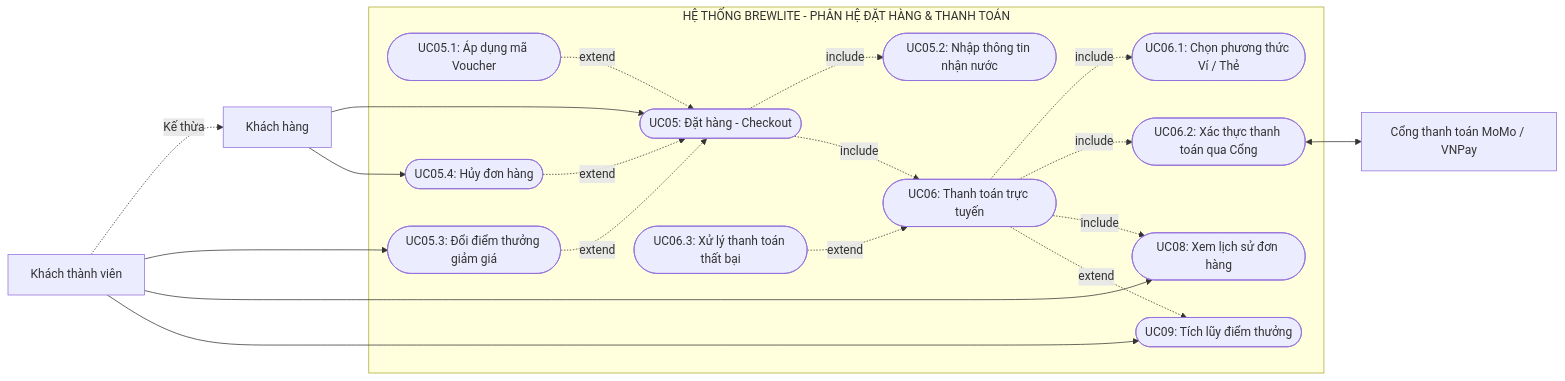
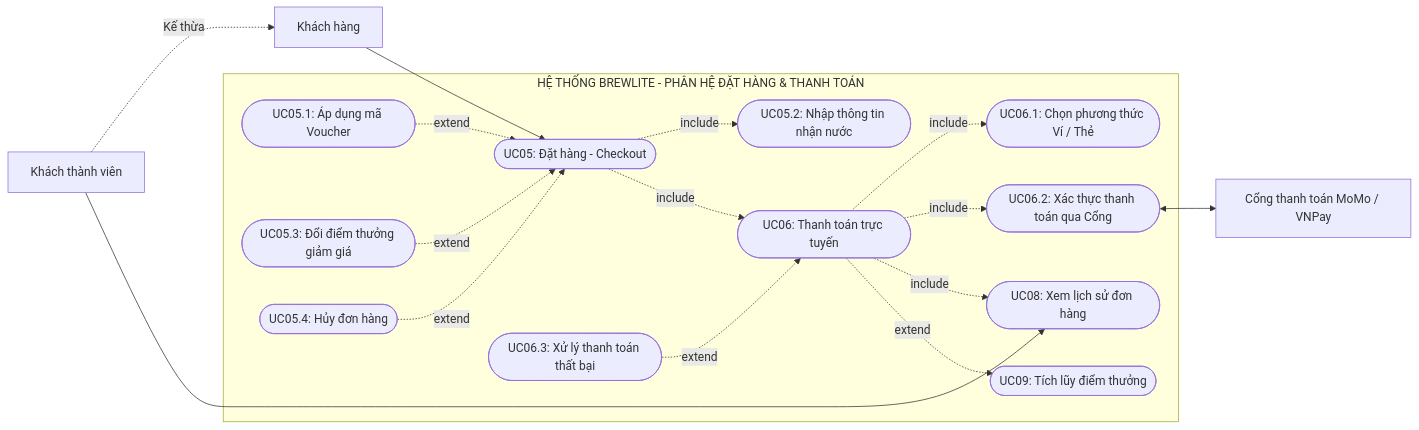
The diagram in docs/diagrams/use-case/use-case-checkout.mmd (nphat-code/swe-project), drawn with Mermaid before and after one commit. The commit also changed 1 other file, not shown here.

```diff
--- a/docs/diagrams/use-case/use-case-checkout.mmd
+++ b/docs/diagrams/use-case/use-case-checkout.mmd
@@ -1,42 +1,39 @@
 flowchart LR
     Customer[Khách hàng]
     Member[Khách thành viên]
     PaymentGW[Cổng thanh toán MoMo / VNPay]
 
     Member -.->|Kế thừa| Customer
 
     subgraph CoreBoundary [HỆ THỐNG BREWLITE - PHÂN HỆ ĐẶT HÀNG & THANH TOÁN]
         UC05([UC05: Đặt hàng - Checkout])
         UC05_1([UC05.1: Áp dụng mã Voucher])
         UC05_2([UC05.2: Nhập thông tin nhận nước])
         UC05_3([UC05.3: Đổi điểm thưởng giảm giá])
         UC05_4([UC05.4: Hủy đơn hàng])
 
         UC06([UC06: Thanh toán trực tuyến])
         UC06_1([UC06.1: Chọn phương thức Ví / Thẻ])
         UC06_2([UC06.2: Xác thực thanh toán qua Cổng])
         UC06_3([UC06.3: Xử lý thanh toán thất bại])
 
         UC08([UC08: Xem lịch sử đơn hàng])
         UC09([UC09: Tích lũy điểm thưởng])
     end
 
     Customer --> UC05
-    Customer --> UC05_4
-    Member --> UC05_3
     Member --> UC08
-    Member --> UC09
 
     UC05 -.->|include| UC05_2
     UC05 -.->|include| UC06
     UC05_1 -.->|extend| UC05
     UC05_3 -.->|extend| UC05
     UC05_4 -.->|extend| UC05
 
     UC06 -.->|include| UC06_1
     UC06 -.->|include| UC06_2
     UC06_3 -.->|extend| UC06
     UC06 -.->|include| UC08
     UC06 -.->|extend| UC09
 
     UC06_2 <--> PaymentGW
```
